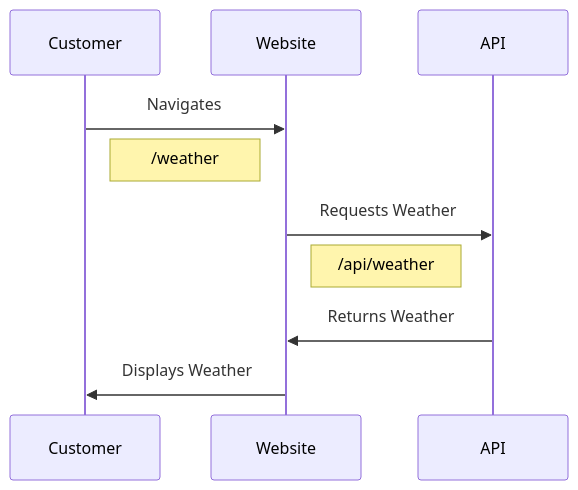
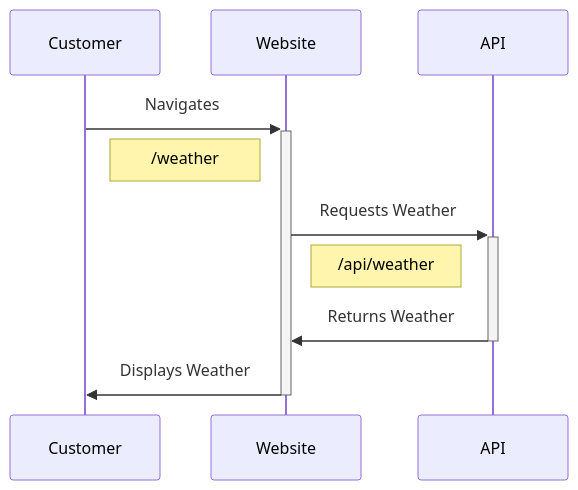
Before and after one commit to lfshr/mermaid-test: the diagram in README.md, drawn with Mermaid.

````diff
--- a/README.md
+++ b/README.md
@@ -1,15 +1,15 @@
 ```mermaid
 sequenceDiagram
     participant Customer
     participant Website
     participant API
 
-    Customer->>Website: Navigates
+    Customer->>+Website: Navigates
     Note right of Customer: /weather
 
-    Website->>API: Requests Weather
+    Website->>+API: Requests Weather
     Note right of Website: /api/weather
-    API->>Website: Returns Weather
+    API->>-Website: Returns Weather
 
-    Website->>Customer: Displays Weather
+    Website->>-Customer: Displays Weather
 ```
````
